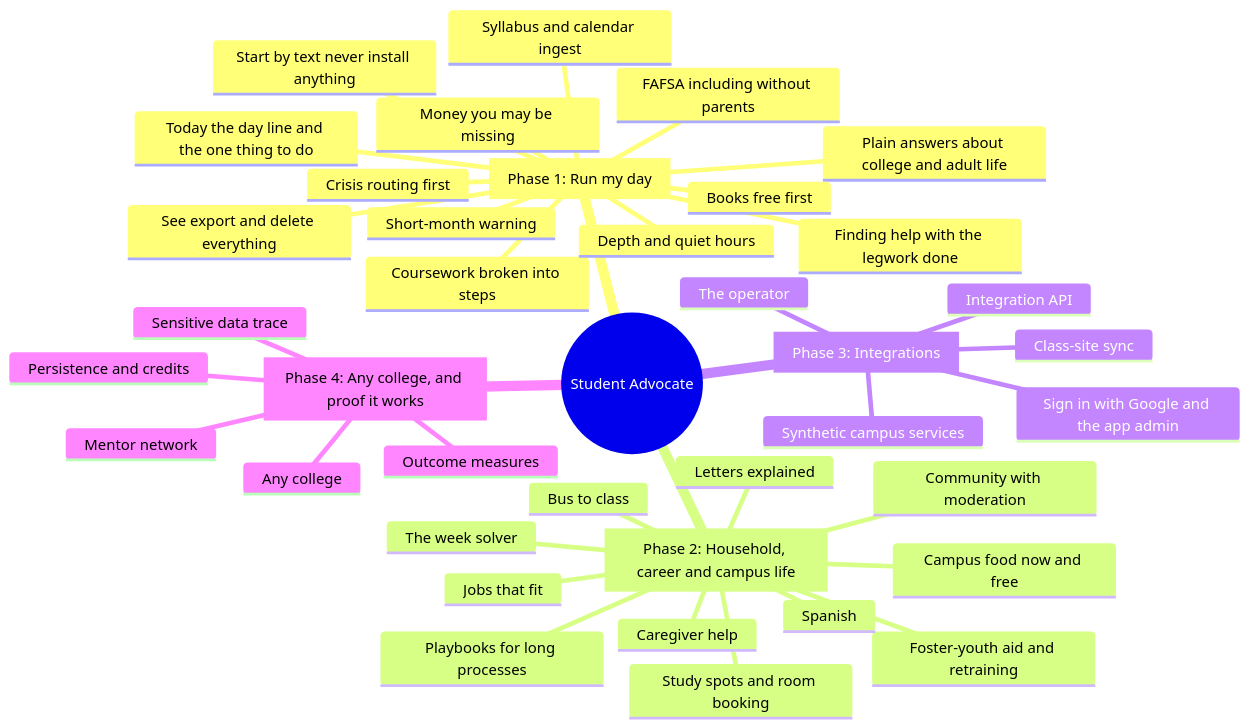
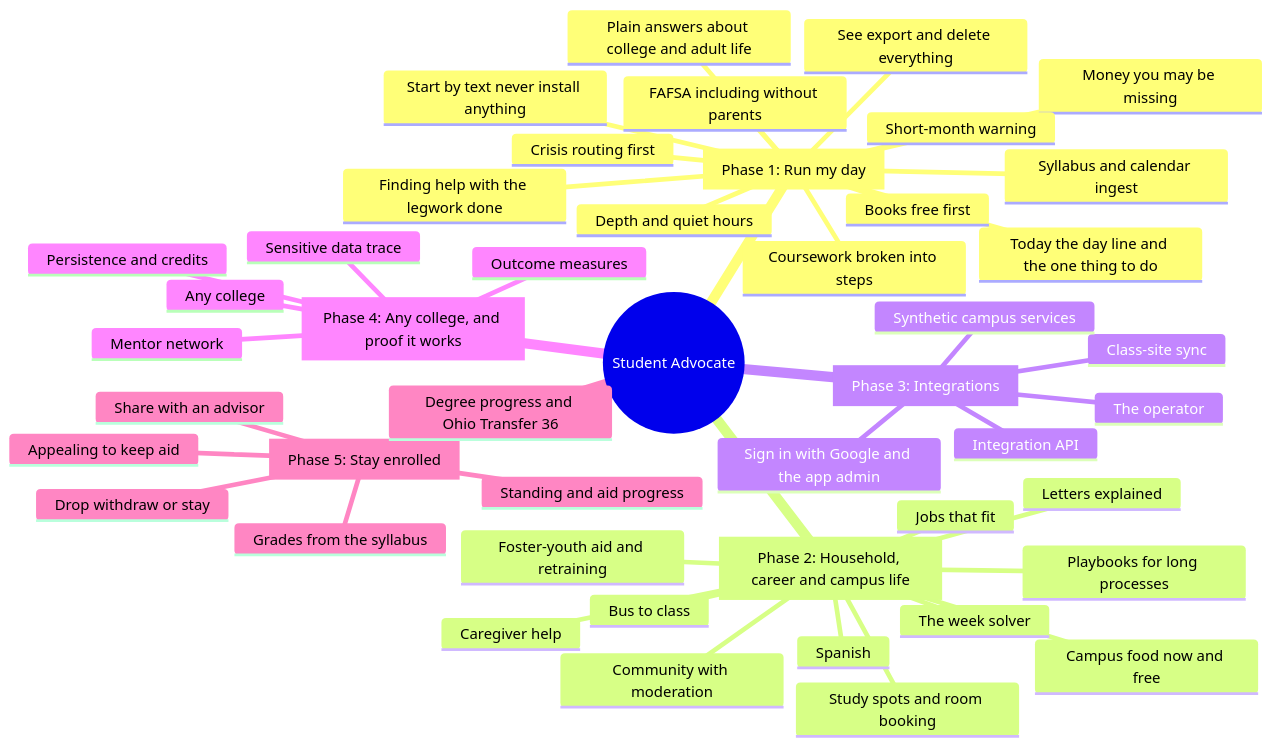
The diagram in docs/features.md (russlittle/ZTHR), drawn with Mermaid before and after one commit. The commit also changed other lines of this file and 573 other files, not shown here.

````diff
--- a/docs/features.md
+++ b/docs/features.md
@@ -7,42 +7,49 @@
 ```mermaid
 mindmap
   root((Student Advocate))
     P1[Phase 1: Run my day]
       Today the day line and the one thing to do
       Syllabus and calendar ingest
       Coursework broken into steps
       Money you may be missing
       Short-month warning
       Finding help with the legwork done
       Crisis routing first
       FAFSA including without parents
       Plain answers about college and adult life
       Books free first
       Start by text never install anything
       Depth and quiet hours
       See export and delete everything
     P2[Phase 2: Household, career and campus life]
       The week solver
       Playbooks for long processes
       Foster-youth aid and retraining
       Letters explained
       Caregiver help
       Campus food now and free
       Study spots and room booking
       Bus to class
       Jobs that fit
       Community with moderation
       Spanish
     P3[Phase 3: Integrations]
       Integration API
       Class-site sync
       Synthetic campus services
       The operator
       Sign in with Google and the app admin
     P4[Phase 4: Any college, and proof it works]
       Any college
       Mentor network
       Outcome measures
       Sensitive data trace
       Persistence and credits
+    P5[Phase 5: Stay enrolled]
+      Grades from the syllabus
+      Standing and aid progress
+      Appealing to keep aid
+      Drop withdraw or stay
+      Degree progress and Ohio Transfer 36
+      Share with an advisor
 ```
````
